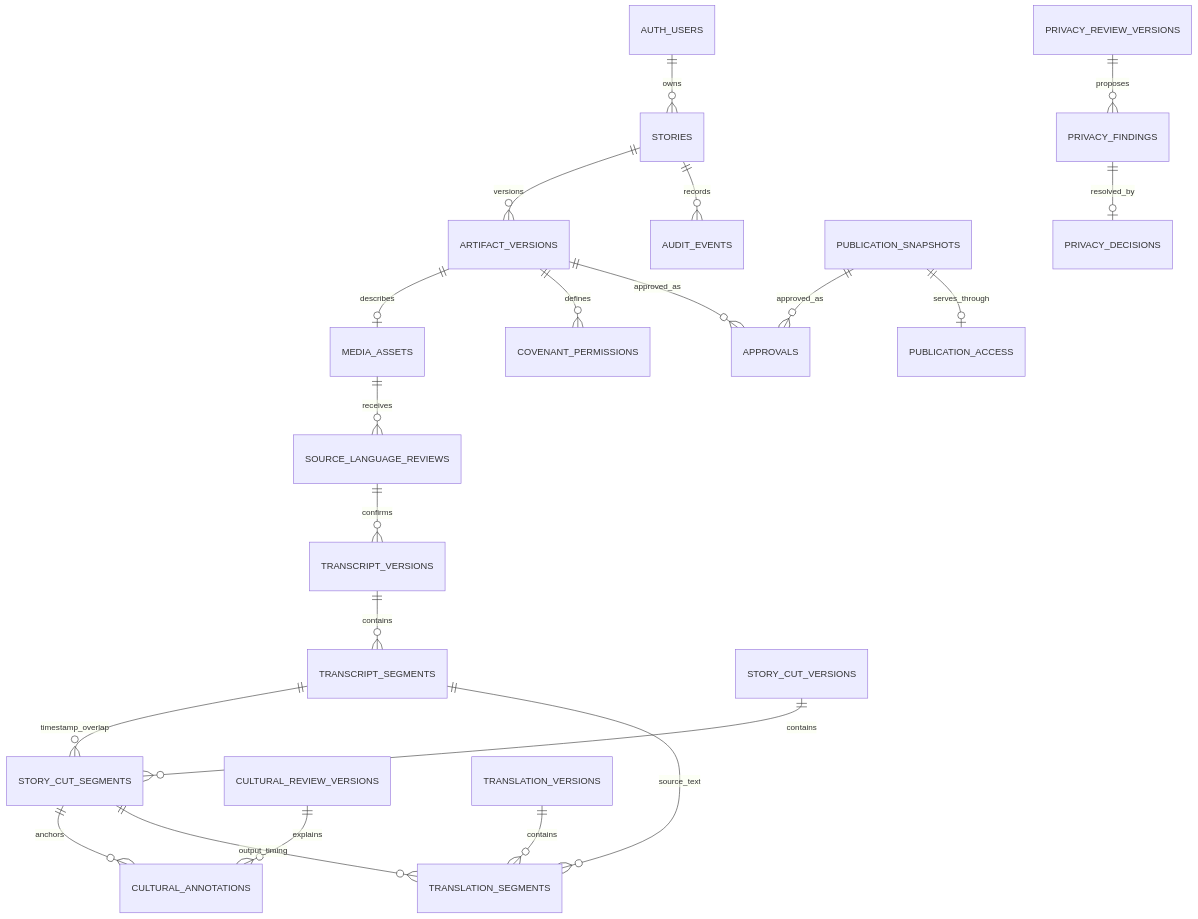
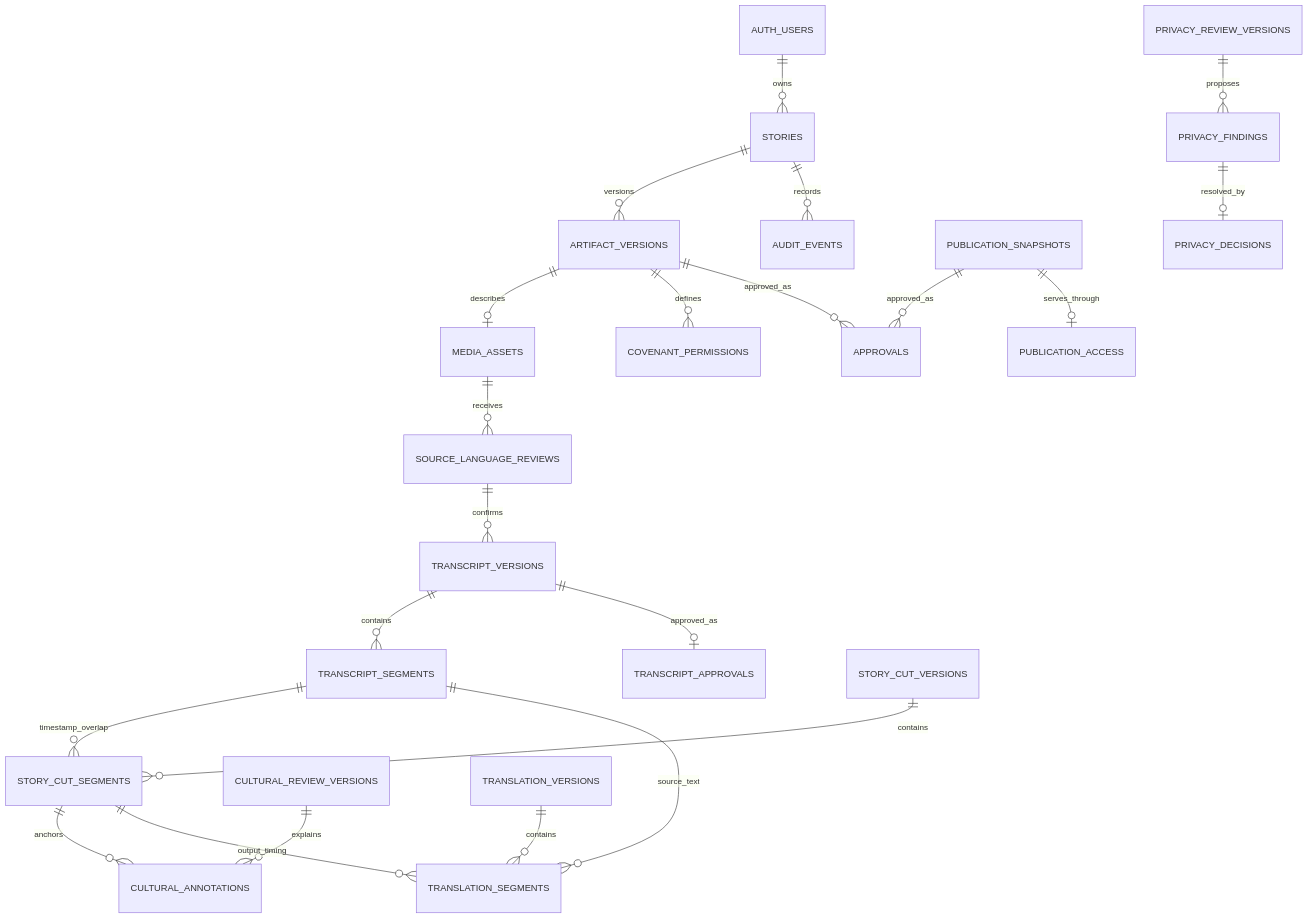
Before and after one commit to Olugbenga-Aderoba/irin-stories: the diagram in docs/data-model.md, drawn with Mermaid. The commit also changed other lines of this file and 17 other files, not shown here.

````diff
--- a/docs/data-model.md
+++ b/docs/data-model.md
@@ -23,23 +23,24 @@
 ```mermaid
 erDiagram
   AUTH_USERS ||--o{ STORIES : owns
   STORIES ||--o{ ARTIFACT_VERSIONS : versions
   ARTIFACT_VERSIONS ||--o| MEDIA_ASSETS : describes
   MEDIA_ASSETS ||--o{ SOURCE_LANGUAGE_REVIEWS : receives
   SOURCE_LANGUAGE_REVIEWS ||--o{ TRANSCRIPT_VERSIONS : confirms
   TRANSCRIPT_VERSIONS ||--o{ TRANSCRIPT_SEGMENTS : contains
+  TRANSCRIPT_VERSIONS ||--o| TRANSCRIPT_APPROVALS : approved_as
   STORY_CUT_VERSIONS ||--o{ STORY_CUT_SEGMENTS : contains
   TRANSCRIPT_SEGMENTS ||--o{ STORY_CUT_SEGMENTS : timestamp_overlap
   CULTURAL_REVIEW_VERSIONS ||--o{ CULTURAL_ANNOTATIONS : explains
   STORY_CUT_SEGMENTS ||--o{ CULTURAL_ANNOTATIONS : anchors
   TRANSLATION_VERSIONS ||--o{ TRANSLATION_SEGMENTS : contains
   TRANSCRIPT_SEGMENTS ||--o{ TRANSLATION_SEGMENTS : source_text
   STORY_CUT_SEGMENTS ||--o{ TRANSLATION_SEGMENTS : output_timing
   PRIVACY_REVIEW_VERSIONS ||--o{ PRIVACY_FINDINGS : proposes
   PRIVACY_FINDINGS ||--o| PRIVACY_DECISIONS : resolved_by
   ARTIFACT_VERSIONS ||--o{ COVENANT_PERMISSIONS : defines
   ARTIFACT_VERSIONS ||--o{ APPROVALS : approved_as
   PUBLICATION_SNAPSHOTS ||--o{ APPROVALS : approved_as
   PUBLICATION_SNAPSHOTS ||--o| PUBLICATION_ACCESS : serves_through
   STORIES ||--o{ AUDIT_EVENTS : records
 ```
````
